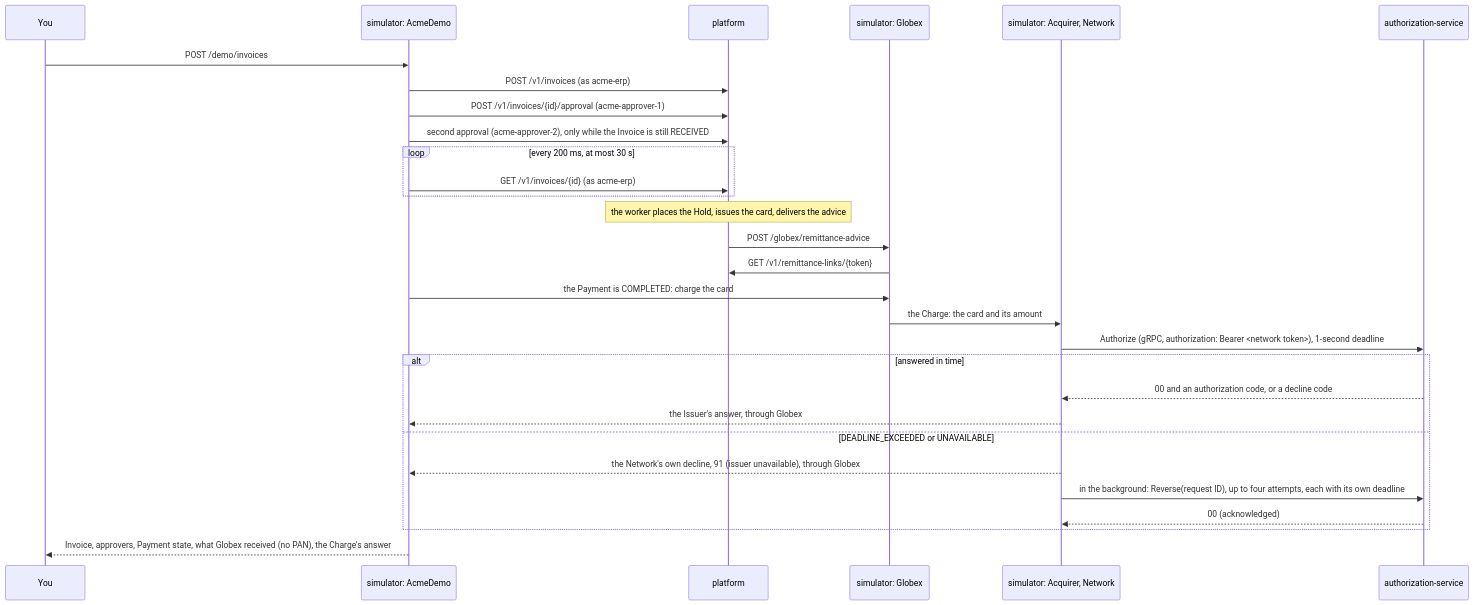
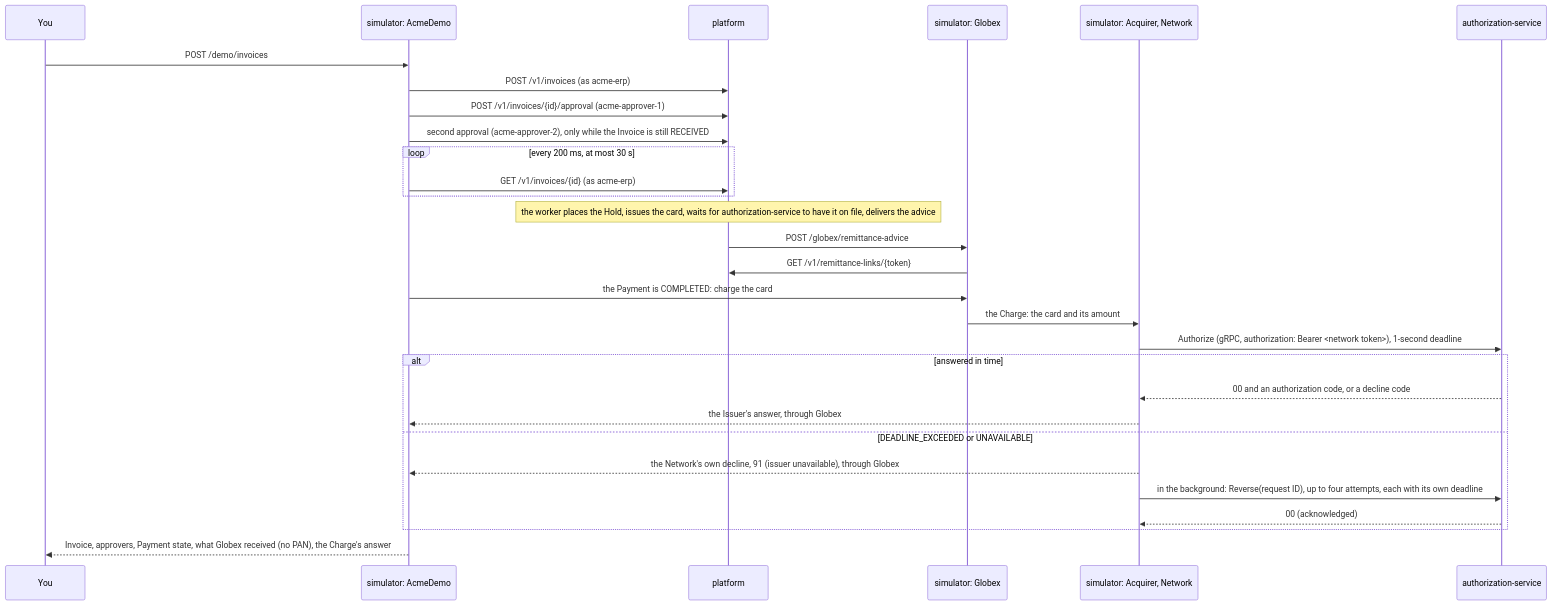
Before and after one commit to rgonzal92/b2b-payments-platform: diagram 12 of 13 in docs/architecture.md, drawn with Mermaid. The commit also changed other lines of this file and 2 other files, not shown here.

Commit message:
docs: measure authorization-service under load and close M5

````diff
--- a/docs/architecture.md
+++ b/docs/architecture.md
@@ -486,32 +488,32 @@
 ```mermaid
 sequenceDiagram
   participant You
   participant DEMO as simulator: AcmeDemo
   participant PLT as platform
   participant GLX as simulator: Globex
   participant NET as simulator: Acquirer, Network
   participant SVC as authorization-service
 
   You->>DEMO: POST /demo/invoices
   DEMO->>PLT: POST /v1/invoices (as acme-erp)
   DEMO->>PLT: POST /v1/invoices/{id}/approval (acme-approver-1)
   DEMO->>PLT: second approval (acme-approver-2), only while the Invoice is still RECEIVED
   loop every 200 ms, at most 30 s
     DEMO->>PLT: GET /v1/invoices/{id} (as acme-erp)
   end
-  Note over PLT: the worker places the Hold, issues the card, delivers the advice
+  Note over PLT: the worker places the Hold, issues the card, waits for authorization-service to have it on file, delivers the advice
   PLT->>GLX: POST /globex/remittance-advice
   GLX->>PLT: GET /v1/remittance-links/{token}
   DEMO->>GLX: the Payment is COMPLETED: charge the card
   GLX->>NET: the Charge: the card and its amount
   NET->>SVC: Authorize (gRPC, authorization: Bearer <network token>), 1-second deadline
   alt answered in time
     SVC-->>NET: 00 and an authorization code, or a decline code
     NET-->>DEMO: the Issuer's answer, through Globex
   else DEADLINE_EXCEEDED or UNAVAILABLE
     NET-->>DEMO: the Network's own decline, 91 (issuer unavailable), through Globex
     NET->>SVC: in the background: Reverse(request ID), up to four attempts, each with its own deadline
     SVC-->>NET: 00 (acknowledged)
   end
   DEMO-->>You: Invoice, approvers, Payment state, what Globex received (no PAN), the Charge's answer
 ```
````
